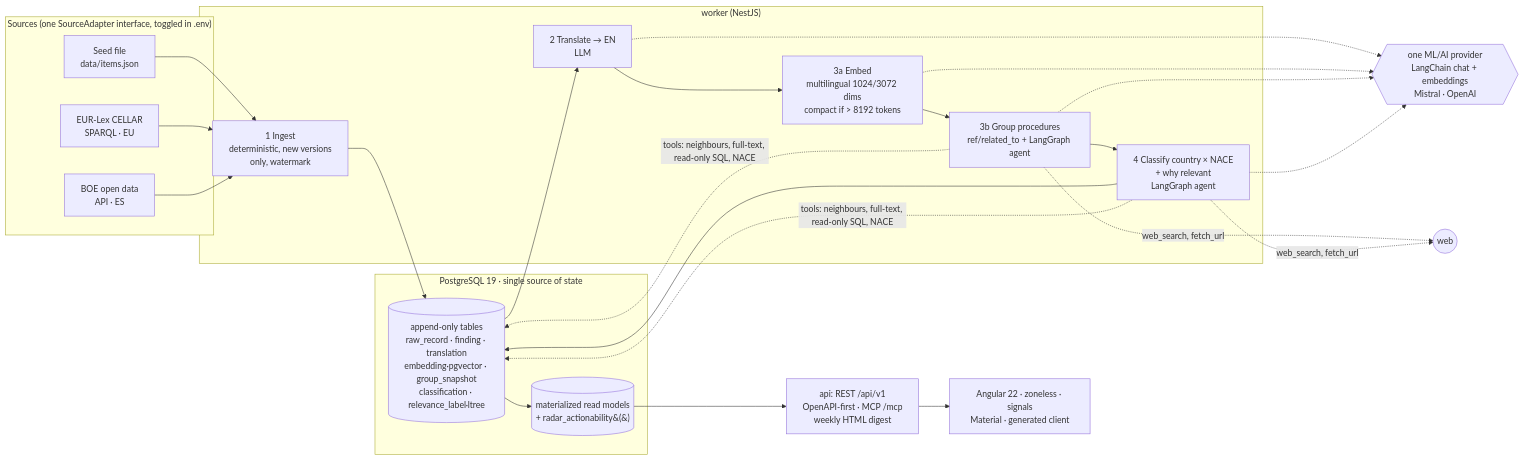
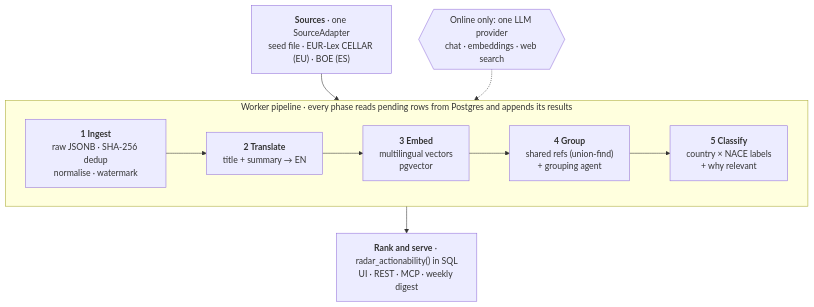
One commit to Oidlichtnwoada/regulatory_radar changed the diagram in README.md. Above: the diagram before and after it, drawn with Mermaid. The commit also changed other lines of this file and 13 other files, not shown here.

````diff
--- a/README.md
+++ b/README.md
@@ -21,28 +22,18 @@
 ```mermaid
-flowchart LR
-  subgraph Sources["Sources (one SourceAdapter interface, toggled in .env)"]
-    F[Seed file<br/>data/items.json]
-    E[EUR-Lex CELLAR<br/>SPARQL · EU]
-    B[BOE open data<br/>API · ES]
+flowchart TB
+  S["<b>Sources</b> · one SourceAdapter<br/>seed file · EUR-Lex CELLAR (EU) · BOE (ES)"]
+  subgraph P["Worker pipeline · every phase reads pending rows from Postgres and appends its results"]
+    direction LR
+    I["<b>1 Ingest</b><br/>raw JSONB · SHA-256 dedup<br/>normalise · watermark"]
+    T["<b>2 Translate</b><br/>title + summary → EN"]
+    M["<b>3 Embed</b><br/>multilingual vectors<br/>pgvector"]
+    G["<b>4 Group</b><br/>shared refs (union-find)<br/>+ grouping agent"]
+    C["<b>5 Classify</b><br/>country × NACE labels<br/>+ why relevant"]
+    I --> T --> M --> G --> C
   end
-  subgraph Worker["worker (NestJS)"]
-    I[1 Ingest<br/>deterministic, new versions<br/>only, watermark]
-    T[2 Translate → EN<br/>LLM]
-    M[3a Embed<br/>multilingual 1024/3072 dims<br/>compact if > 8192 tokens]
-    G[3b Group procedures<br/>ref/related_to + LangGraph agent]
-    C[4 Classify country × NACE<br/>+ why relevant<br/>LangGraph agent]
-  end
-  subgraph PG["PostgreSQL 19 · single source of state"]
-    R[(append-only tables<br/>raw_record · finding · translation<br/>embedding·pgvector · group_snapshot<br/>classification · relevance_label·ltree)]
-    V[(materialized read models<br/>+ radar_actionability&#40;&#41;)]
-  end
-  LLM{{one ML/AI provider<br/>LangChain chat + embeddings<br/>Mistral · OpenAI}}
-  F & E & B --> I --> R
-  R --> T --> M --> G --> C --> R
-  T & M & G & C -.-> LLM
-  G & C -. tools: neighbours, full-text, read-only SQL, NACE .-> R
-  G & C -. web_search, fetch_url .-> WEB((web))
-  R --> V
-  V --> API[api: REST /api/v1<br/>OpenAPI-first · MCP /mcp<br/>weekly HTML digest]
-  API --> UI[Angular 22 · zoneless · signals<br/>Material · generated client]
+  R["<b>Rank and serve</b> · radar_actionability() in SQL<br/>UI · REST · MCP · weekly digest"]
+  L{{"Online only: one LLM provider<br/>chat · embeddings · web search"}}
+  S --> I
+  C --> R
+  L -.-> P
 ```
````
